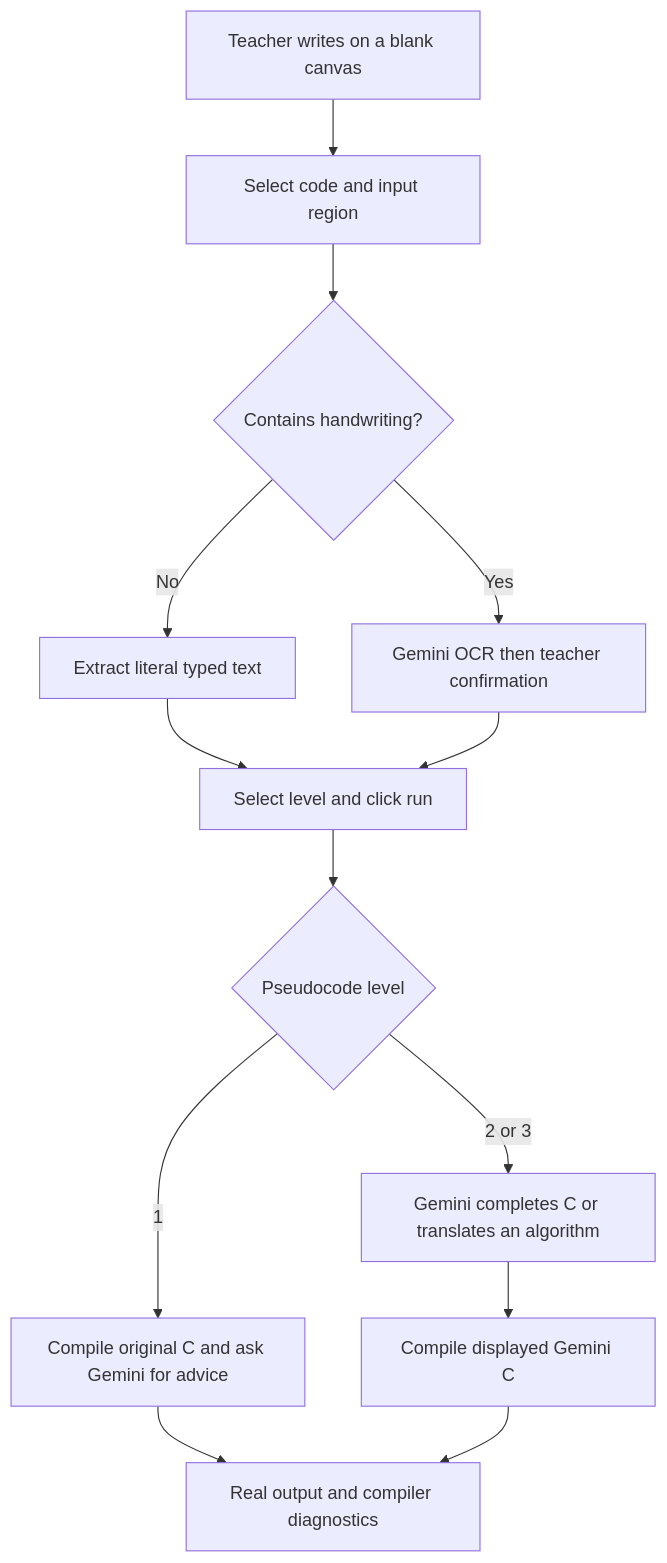
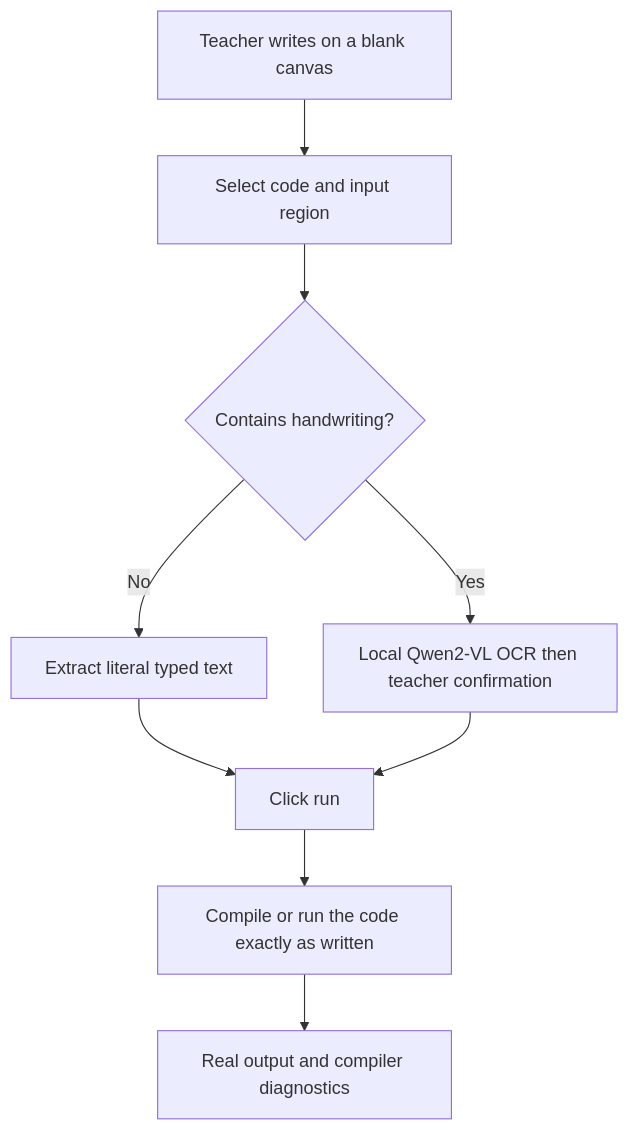
Before and after one commit to NOTtaLEMON/Whiteboard-Project: the diagram in whiteboard-code-verifier/docs/technical-overview.md, drawn with Mermaid. The commit also changed other lines of this file and 40 other files, not shown here.

````diff
--- a/whiteboard-code-verifier/docs/technical-overview.md
+++ b/whiteboard-code-verifier/docs/technical-overview.md
@@ -35,15 +35,11 @@
 ```mermaid
 flowchart TD
     A[Teacher writes on a blank canvas] --> B[Select code and input region]
     B --> C{Contains handwriting?}
     C -->|No| D[Extract literal typed text]
-    C -->|Yes| E[Gemini OCR then teacher confirmation]
-    D --> F[Select level and click run]
+    C -->|Yes| E[Local Qwen2-VL OCR then teacher confirmation]
+    D --> F[Click run]
     E --> F
-    F --> G{Pseudocode level}
-    G -->|1| H[Compile original C and ask Gemini for advice]
-    G -->|2 or 3| I[Gemini completes C or translates an algorithm]
-    I --> J[Compile displayed Gemini C]
-    H --> K[Real output and compiler diagnostics]
-    J --> K
+    F --> G[Compile or run the code exactly as written]
+    G --> H[Real output and compiler diagnostics]
 ```
````
